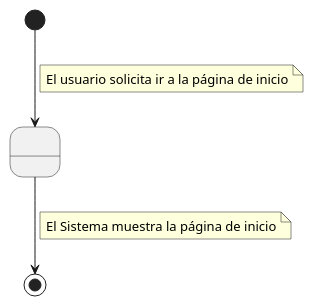
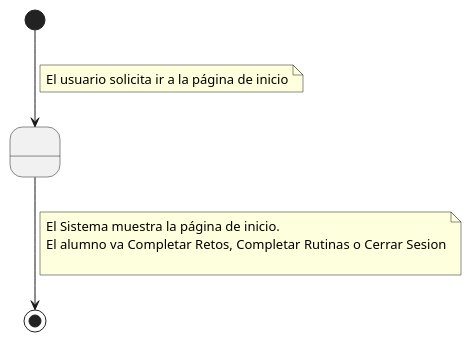
One commit to mmasias/24-25-IdSw1-SDR changed the diagram in Documentos/DetallarCasosDeUso/IrAlInicio.puml. Above: the diagram before and after it, drawn with PlantUML. The commit also changed 1 other file, not shown here.

```diff
--- a/Documentos/DetallarCasosDeUso/IrAlInicio.puml
+++ b/Documentos/DetallarCasosDeUso/IrAlInicio.puml
@@ -1,12 +1,14 @@
 @startuml
 state " " as Estado1
 
 [*] --> Estado1
     note on link
         El usuario solicita ir a la página de inicio
     end note
 Estado1 --> [*]
     note on link
-        El Sistema muestra la página de inicio
+        El Sistema muestra la página de inicio.
+        El alumno va Completar Retos, Completar Rutinas o Cerrar Sesion
+
     end note
 @enduml
```
